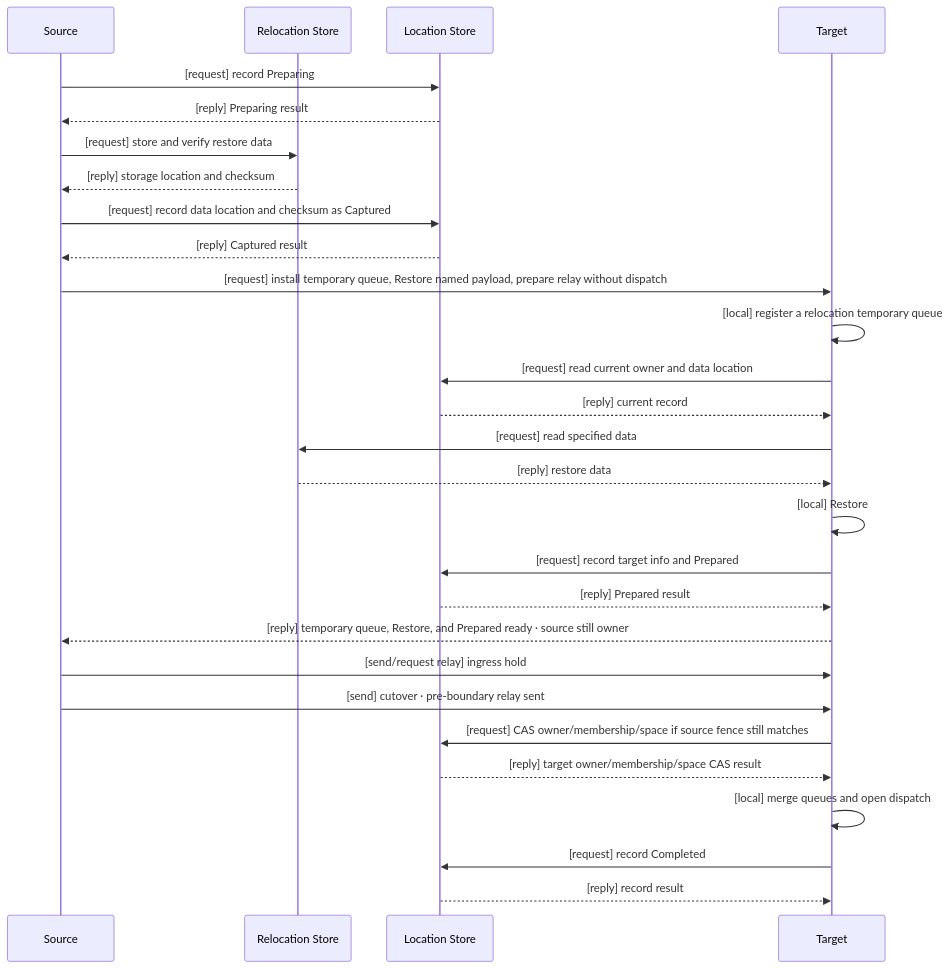
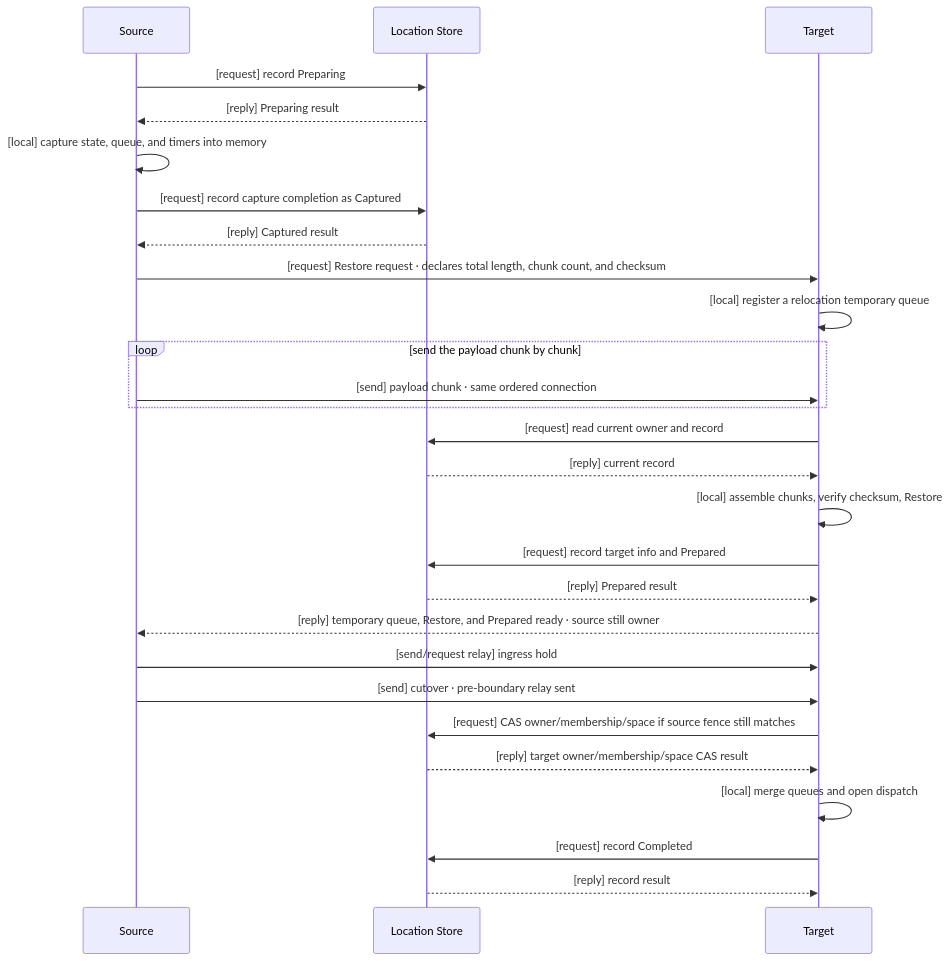
One commit to zlink-systems/zlink changed the fourth of 4 diagrams in framework/doc/framework/common/spec/server/21-location-runtime.en.md. Above: the diagram before and after it, drawn with Mermaid. The commit also changed other lines of this file and 145 other files, not shown here.

````diff
--- a/framework/doc/framework/common/spec/server/21-location-runtime.en.md
+++ b/framework/doc/framework/common/spec/server/21-location-runtime.en.md
@@ -959,31 +974,30 @@
 ```mermaid
 sequenceDiagram
     participant S as Source
-    participant B as Relocation Store
     participant L as Location Store
     participant T as Target
 
     S->>L: [request] record Preparing
     L-->>S: [reply] Preparing result
-    S->>B: [request] store and verify restore data
-    B-->>S: [reply] storage location and checksum
-    S->>L: [request] record data location and checksum as Captured
+    S->>S: [local] capture state, queue, and timers into memory
+    S->>L: [request] record capture completion as Captured
     L-->>S: [reply] Captured result
-    S->>T: [request] install temporary queue, Restore named payload, prepare relay without dispatch
+    S->>T: [request] Restore request · declares total length, chunk count, and checksum
     T->>T: [local] register a relocation temporary queue
-    T->>L: [request] read current owner and data location
+    loop send the payload chunk by chunk
+        S->>T: [send] payload chunk · same ordered connection
+    end
+    T->>L: [request] read current owner and record
     L-->>T: [reply] current record
-    T->>B: [request] read specified data
-    B-->>T: [reply] restore data
-    T->>T: [local] Restore
+    T->>T: [local] assemble chunks, verify checksum, Restore
     T->>L: [request] record target info and Prepared
     L-->>T: [reply] Prepared result
     T-->>S: [reply] temporary queue, Restore, and Prepared ready · source still owner
     S->>T: [send/request relay] ingress hold
     S->>T: [send] cutover · pre-boundary relay sent
     T->>L: [request] CAS owner/membership/space if source fence still matches
     L-->>T: [reply] target owner/membership/space CAS result
     T->>T: [local] merge queues and open dispatch
     T->>L: [request] record Completed
     L-->>T: [reply] record result
 ```
````
